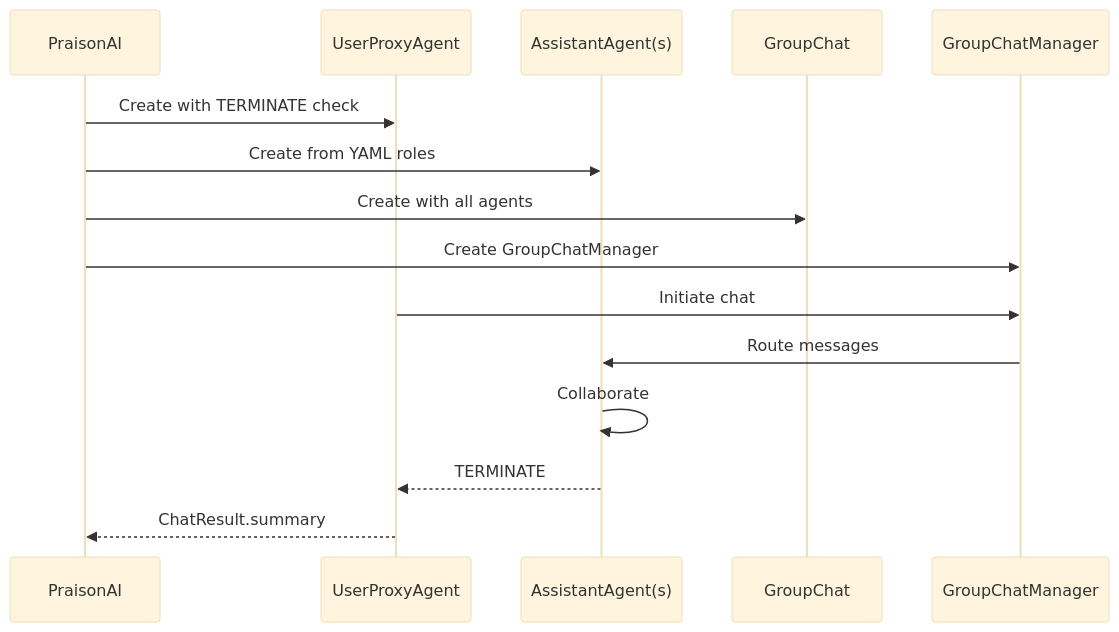
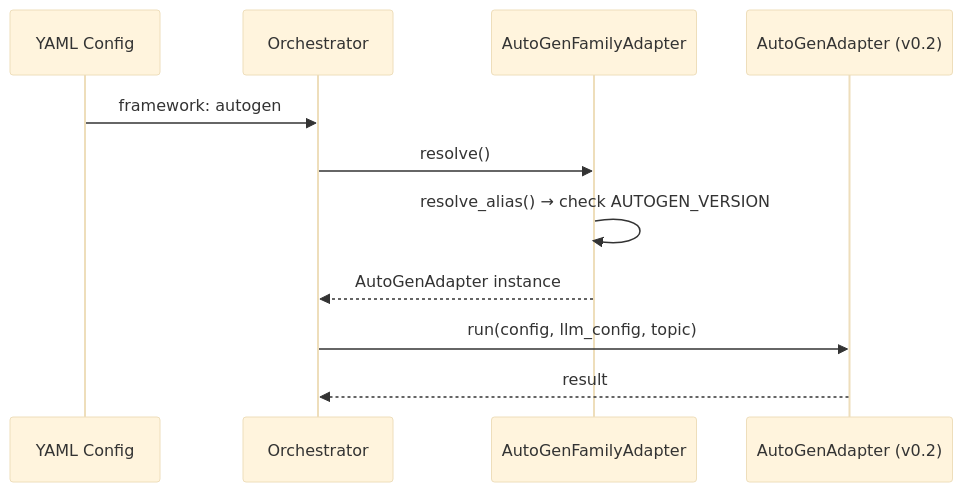
Before and after one commit to MervinPraison/PraisonAIDocs: the third of 3 diagrams in docs/framework/autogen.mdx, drawn with Mermaid (base theme). The commit also changed other lines of this file and 3 other files, not shown here.

First line of the commit message:
docs: update AutoGen docs for PR #2086 stubs, family router, autogen_v2 alias (fixes #718)

````diff
--- a/docs/framework/autogen.mdx
+++ b/docs/framework/autogen.mdx
@@ -215,18 +221,14 @@
 ```mermaid
 sequenceDiagram
-    participant PraisonAI
-    participant UserProxy as UserProxyAgent
-    participant Assistants as AssistantAgent(s)
-    participant GroupChat
-    participant Manager as GroupChatManager
+    participant YAML as YAML Config
+    participant Orch as Orchestrator
+    participant Family as AutoGenFamilyAdapter
+    participant V2 as AutoGenAdapter (v0.2)
 
-    PraisonAI->>UserProxy: Create with TERMINATE check
-    PraisonAI->>Assistants: Create from YAML roles
-    PraisonAI->>GroupChat: Create with all agents
-    PraisonAI->>Manager: Create GroupChatManager
-    UserProxy->>Manager: Initiate chat
-    Manager->>Assistants: Route messages
-    Assistants->>Assistants: Collaborate
-    Assistants-->>UserProxy: TERMINATE
-    UserProxy-->>PraisonAI: ChatResult.summary
+    YAML->>Orch: framework: autogen
+    Orch->>Family: resolve()
+    Family->>Family: resolve_alias() → check AUTOGEN_VERSION
+    Family-->>Orch: AutoGenAdapter instance
+    Orch->>V2: run(config, llm_config, topic)
+    V2-->>Orch: result
 ```
````
